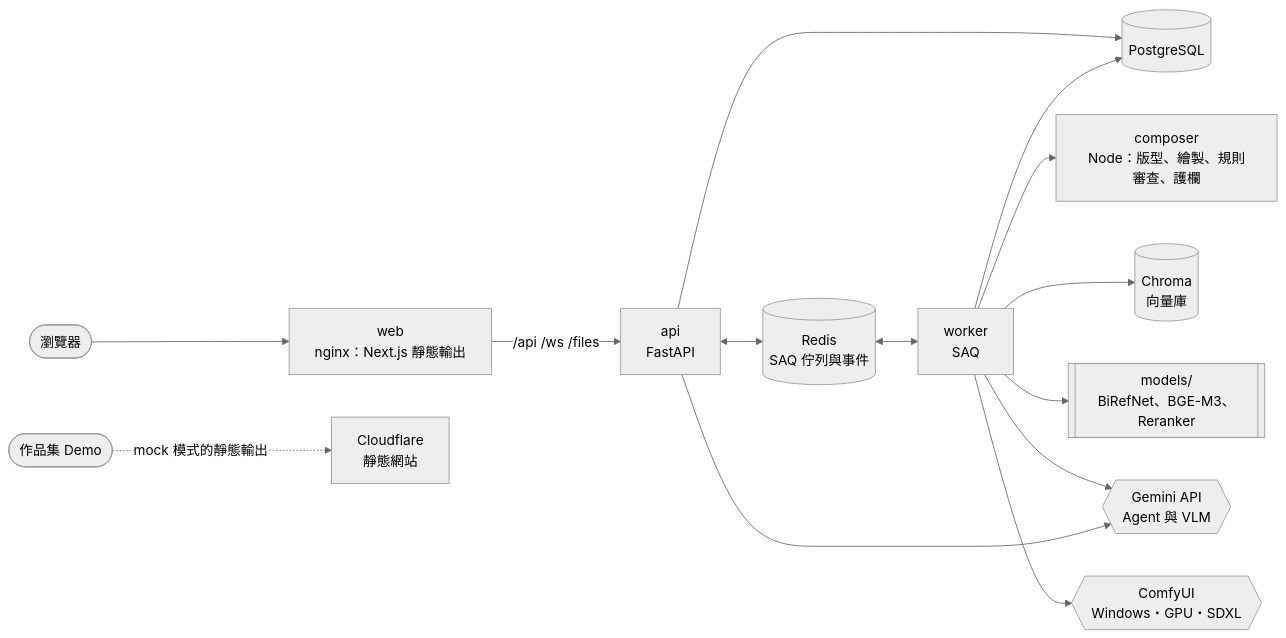
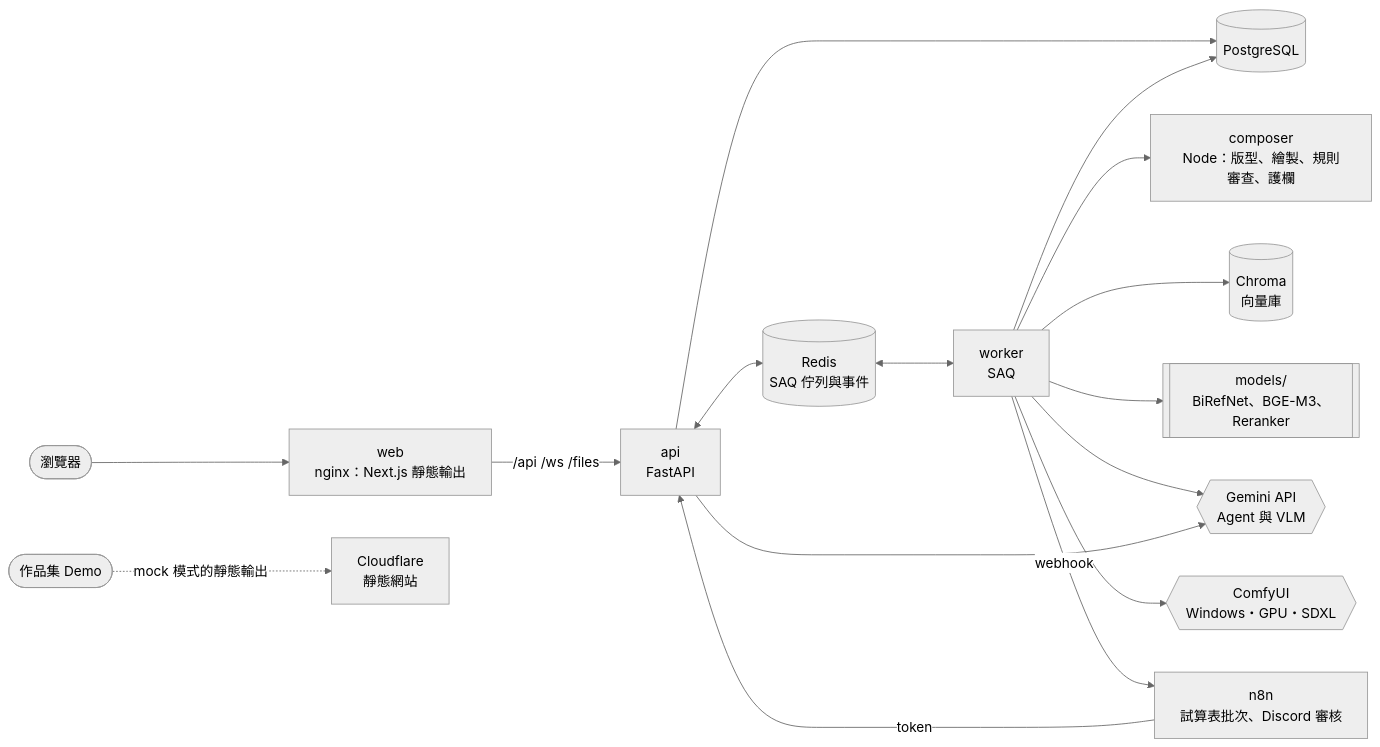
One commit to kayla162/genai-agent-studio changed the second of 2 diagrams in README.md. Above: the diagram before and after it, drawn with Mermaid (neutral theme). The commit also changed other lines of this file and 4 other files, not shown here.

````diff
--- a/README.md
+++ b/README.md
@@ -113,16 +119,18 @@
 ```mermaid
 flowchart LR
   browser([瀏覽器]) --> web[web<br/>nginx：Next.js 靜態輸出]
   web -- /api /ws /files --> api[api<br/>FastAPI]
   api --> pg[(PostgreSQL)]
   api <--> redis[(Redis<br/>SAQ 佇列與事件)]
   redis <--> worker[worker<br/>SAQ]
   worker --> pg
   worker --> composer[composer<br/>Node：版型、繪製、規則審查、護欄]
   worker --> chroma[(Chroma<br/>向量庫)]
   worker --> models[[models/<br/>BiRefNet、BGE-M3、Reranker]]
   worker --> gemini{{Gemini API<br/>Agent 與 VLM}}
   worker --> comfy{{ComfyUI<br/>Windows・GPU・SDXL}}
   api --> gemini
+  n8n[n8n<br/>試算表批次、Discord 審核] -- token --> api
+  worker -- webhook --> n8n
   demo([作品集 Demo]) -. mock 模式的靜態輸出 .-> cf[Cloudflare<br/>靜態網站]
 ```
````
